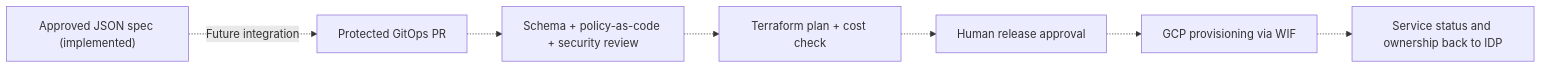
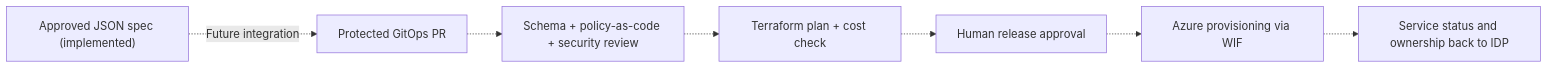
One commit to nolet7/lsk-internal-developer-platform changed the third of 3 diagrams in README.md. Above: the diagram before and after it, drawn with Mermaid. The commit also changed other lines of this file, not shown here.

Commit message:
Correct Azure IDP golden path, AI operations and dev staging prod README

````diff
--- a/README.md
+++ b/README.md
@@ -180,9 +183,9 @@
 ```mermaid
 flowchart LR
   A["Approved JSON spec (implemented)"] -. "Future integration" .-> P["Protected GitOps PR"]
   P -.-> C["Schema + policy-as-code + security review"]
   C -.-> T["Terraform plan + cost check"]
   T -.-> H["Human release approval"]
-  H -.-> G["GCP provisioning via WIF"]
+  H -.-> G["Azure provisioning via WIF"]
   G -.-> S["Service status and ownership back to IDP"]
 ```
````
